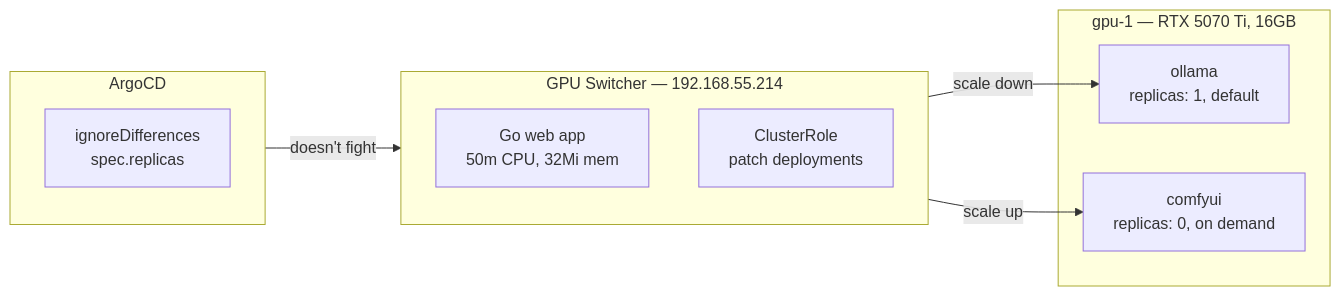
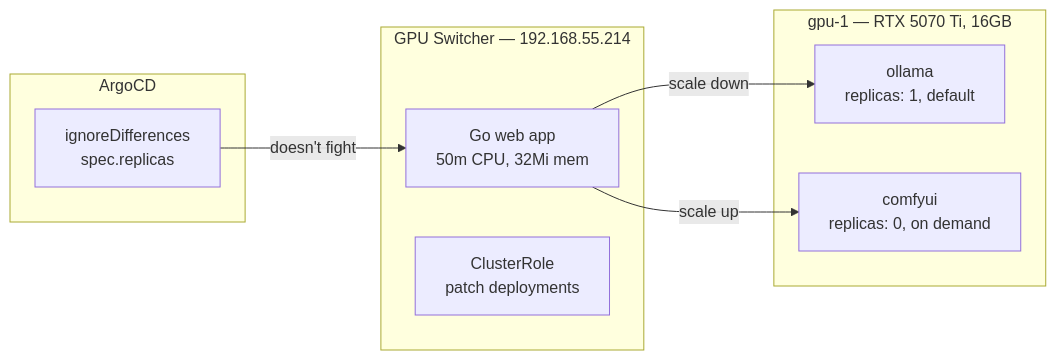
The diagram in blog/content/docs/building/16-media-generation/index.md (derio-net/frank), drawn with Mermaid before and after one commit. The commit also changed 52 other files, not shown here.

````diff
--- a/blog/content/docs/building/16-media-generation/index.md
+++ b/blog/content/docs/building/16-media-generation/index.md
@@ -17,18 +17,18 @@
 ```mermaid
 flowchart LR
   subgraph GPU[gpu-1 — RTX 5070 Ti, 16GB]
     Ollama[ollama<br/>replicas: 1, default]
     Comfy[comfyui<br/>replicas: 0, on demand]
   end
   subgraph Switcher[GPU Switcher — 192.168.55.214]
     Go[Go web app<br/>50m CPU, 32Mi mem]
     RBAC[ClusterRole<br/>patch deployments]
   end
   subgraph ArgoCD[ArgoCD]
     ID[ignoreDifferences<br/>spec.replicas]
   end
 
-  Switcher -->|scale up| Comfy
-  Switcher -->|scale down| Ollama
-  ArgoCD -->|doesn't fight| Switcher
+  Go -->|scale up| Comfy
+  Go -->|scale down| Ollama
+  ID -->|doesn't fight| Go
 ```
````
